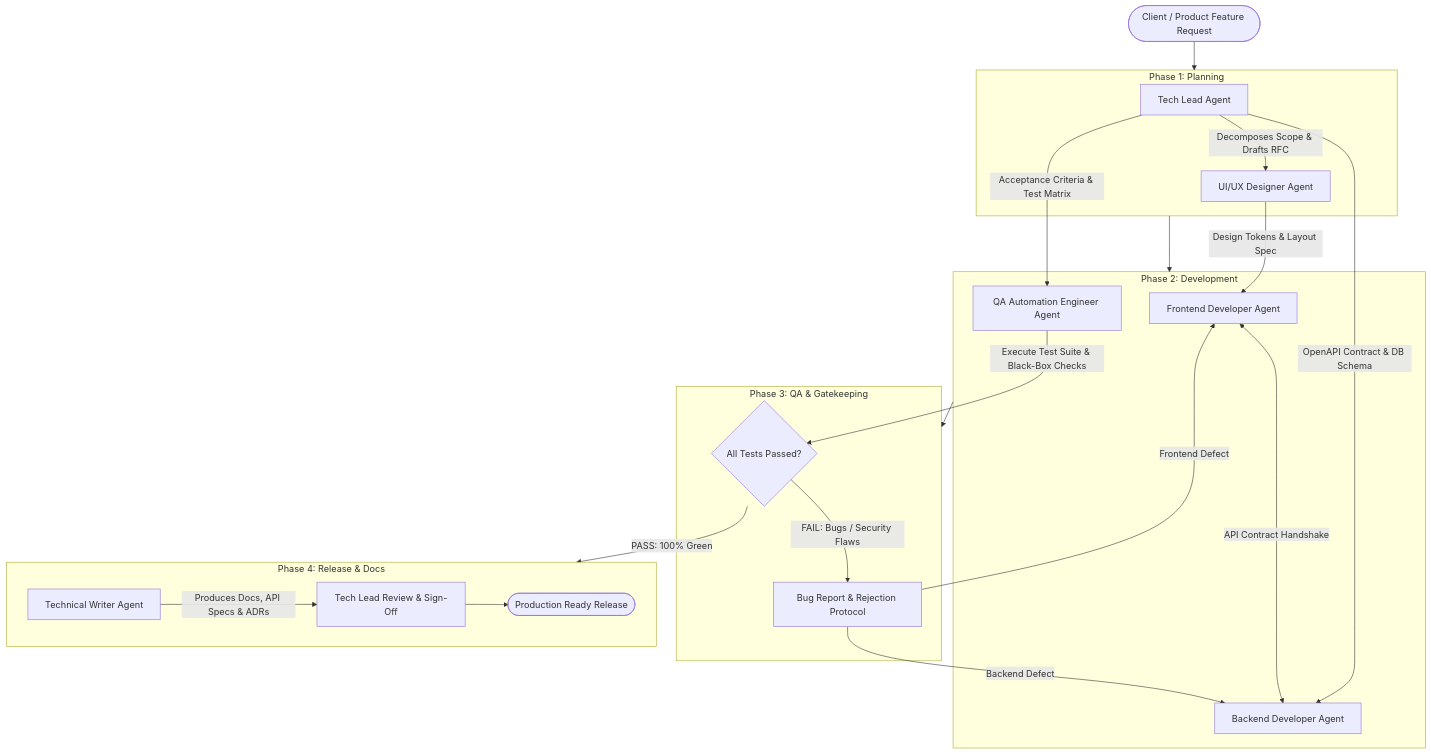
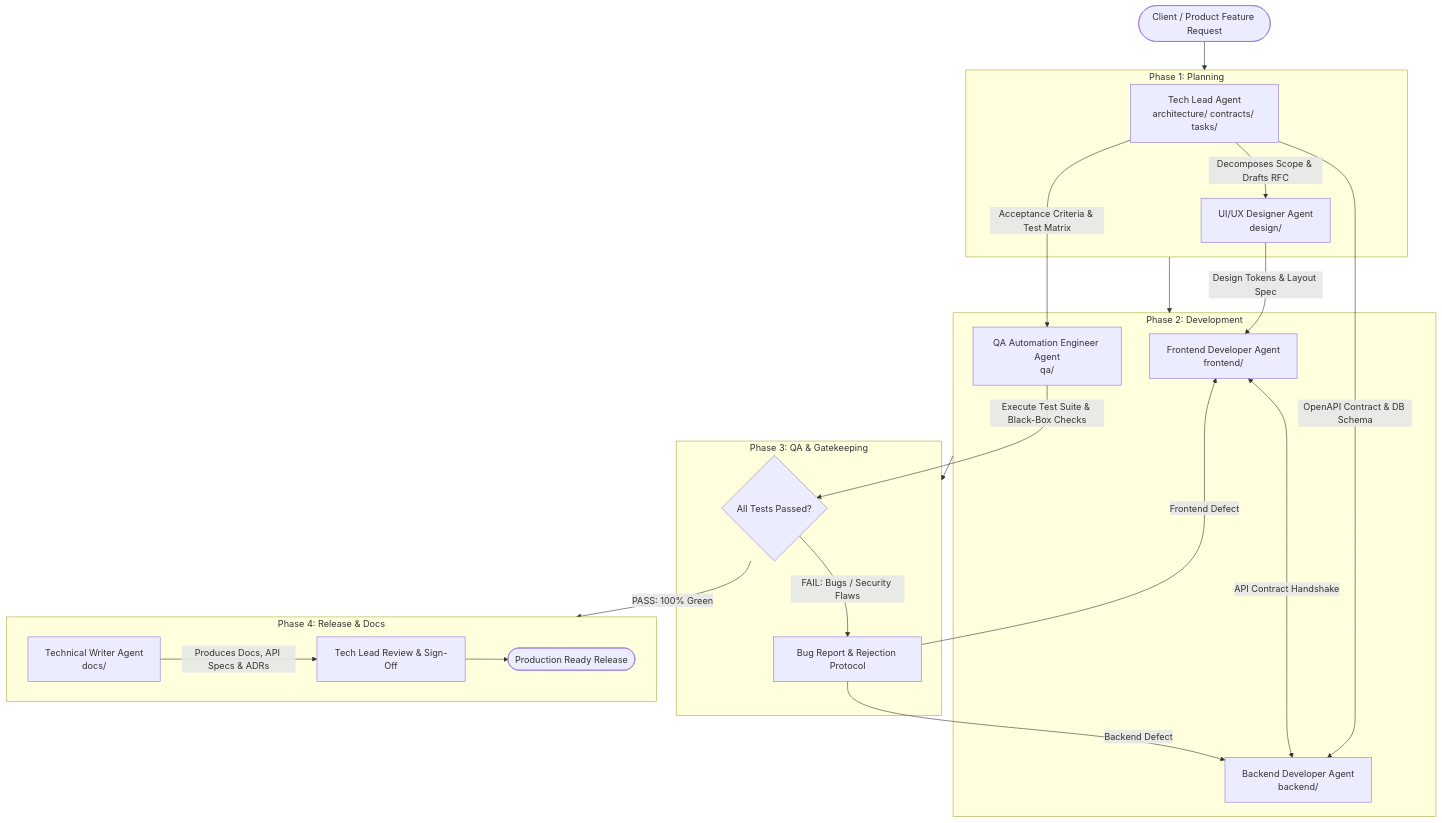
The diagram in README.md (fajarsodik/software-agency-agentic), drawn with Mermaid before and after one commit. The commit also changed other lines of this file and 6 other files, not shown here.

````diff
--- a/README.md
+++ b/README.md
@@ -24,33 +42,33 @@
 ```mermaid
 flowchart TD
     ClientReq([Client / Product Feature Request]) --> Phase1[Phase 1: Architecture & Planning]
     
     subgraph Phase1 [Phase 1: Planning]
-        TL[Tech Lead Agent] -->|Decomposes Scope & Drafts RFC| UX[UI/UX Designer Agent]
+        TL["Tech Lead Agent<br/>architecture/ contracts/ tasks/"] -->|Decomposes Scope & Drafts RFC| UX["UI/UX Designer Agent<br/>design/"]
     end
 
     Phase1 --> Phase2[Phase 2: Parallel Implementation]
 
     subgraph Phase2 [Phase 2: Development]
-        UX -->|Design Tokens & Layout Spec| FE[Frontend Developer Agent]
-        TL -->|OpenAPI Contract & DB Schema| BE[Backend Developer Agent]
-        TL -->|Acceptance Criteria & Test Matrix| QA[QA Automation Engineer Agent]
+        UX -->|Design Tokens & Layout Spec| FE["Frontend Developer Agent<br/>frontend/"]
+        TL -->|OpenAPI Contract & DB Schema| BE["Backend Developer Agent<br/>backend/"]
+        TL -->|Acceptance Criteria & Test Matrix| QA["QA Automation Engineer Agent<br/>qa/"]
         FE <-->|API Contract Handshake| BE
     end
 
     Phase2 --> Phase3[Phase 3: Automated Verification & Audit]
 
     subgraph Phase3 [Phase 3: QA & Gatekeeping]
         QA -->|Execute Test Suite & Black-Box Checks| TestResult{All Tests Passed?}
         TestResult -->|FAIL: Bugs / Security Flaws| ReworkLoop[Bug Report & Rejection Protocol]
         ReworkLoop -->|Backend Defect| BE
         ReworkLoop -->|Frontend Defect| FE
     end
 
     TestResult -->|PASS: 100% Green| Phase4[Phase 4: Documentation & Delivery]
 
     subgraph Phase4 [Phase 4: Release & Docs]
-        TW[Technical Writer Agent] -->|Produces Docs, API Specs & ADRs| Review[Tech Lead Review & Sign-Off]
+        TW["Technical Writer Agent<br/>docs/"] -->|Produces Docs, API Specs & ADRs| Review[Tech Lead Review & Sign-Off]
         Review --> FinalRelease([Production Ready Release])
     end
 ```
````
